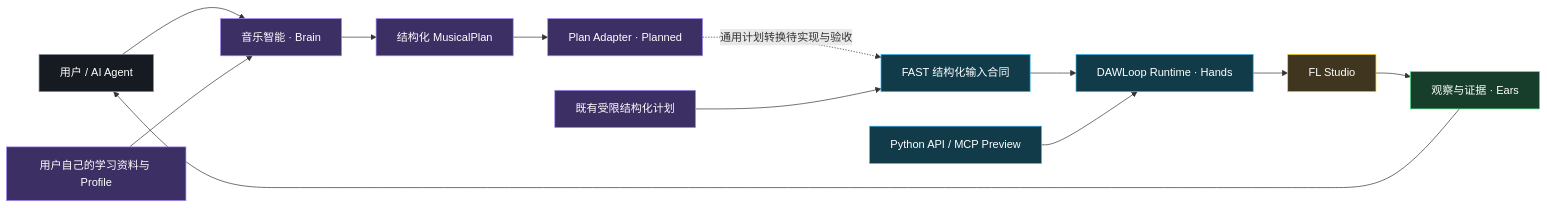
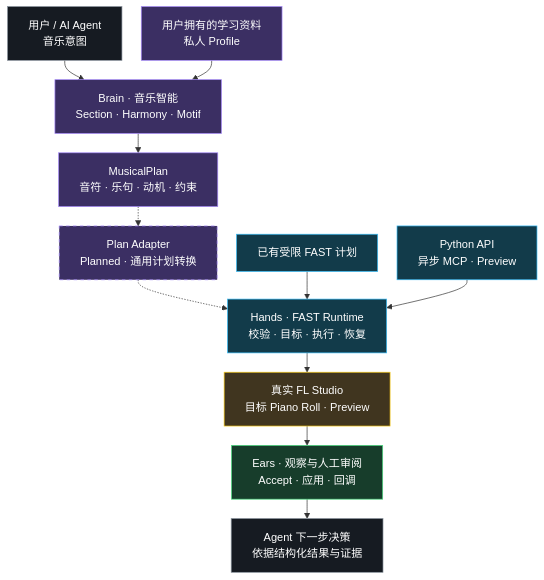
Before and after one commit to ryurikoneko/DAWLoop: the diagram in README.md, drawn with Mermaid. The commit also changed other lines of this file and 3 other files, not shown here.

````diff
--- a/README.md
+++ b/README.md
@@ -17,24 +19,26 @@
 ```mermaid
-flowchart LR
-    A["用户 / AI Agent"] --> B["音乐智能 · Brain"]
-    G["用户自己的学习资料与 Profile"] --> B
-    B --> C["结构化 MusicalPlan"]
-    C --> P["Plan Adapter · Planned"]
-    P -. "通用计划转换待实现与验收" .-> I["FAST 结构化输入合同"]
-    S["既有受限结构化计划"] --> I
-    I --> D["DAWLoop Runtime · Hands"]
-    H["Python API / MCP Preview"] --> D
-    D --> E["FL Studio"]
-    E --> F["观察与证据 · Ears"]
-    F --> A
+%%{init: {"markdownAutoWrap": false, "flowchart": {"nodeSpacing": 28, "rankSpacing": 28, "wrappingWidth": 320}}}%%
+flowchart TB
+    U["用户 / AI Agent<br/>音乐意图"] --> B["Brain · 音乐智能<br/>Section · Harmony · Motif"]
+    L["用户拥有的学习资料<br/>私人 Profile"] --> B
+    B --> M["MusicalPlan<br/>音符 · 乐句 · 动机 · 约束"]
+    M -.-> P["Plan Adapter<br/>Planned · 通用计划转换"]
+    P -.-> R["Hands · FAST Runtime<br/>校验 · 目标 · 执行 · 恢复"]
+    S["已有受限 FAST 计划"] --> R
+    H["Python API<br/>异步 MCP · Preview"] --> R
+    R --> F["真实 FL Studio<br/>目标 Piano Roll · Preview"]
+    F --> O["Ears · 观察与人工审阅<br/>Accept · 应用 · 回调"]
+    O --> E["Agent 下一步决策<br/>依据结构化结果与证据"]
     classDef agent fill:#161b22,stroke:#8b949e,color:#fff;
     classDef music fill:#3b2f63,stroke:#a78bfa,color:#fff;
+    classDef planned fill:#3b2f63,stroke:#a78bfa,color:#fff,stroke-dasharray:5 5;
     classDef runtime fill:#123b4a,stroke:#38bdf8,color:#fff;
     classDef daw fill:#40351f,stroke:#facc15,color:#fff;
     classDef evidence fill:#173d2b,stroke:#4ade80,color:#fff;
-    class A agent;
-    class B,C,G,P,S music;
-    class D,H,I runtime;
-    class E daw;
-    class F evidence;
+    class U,E agent;
+    class B,L,M music;
+    class P planned;
+    class R,S,H runtime;
+    class F daw;
+    class O evidence;
 ```
````
